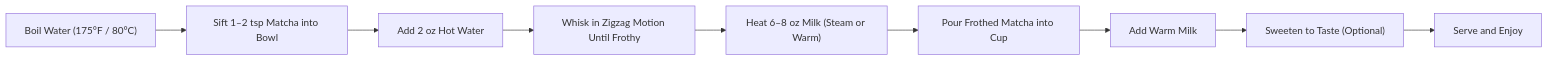
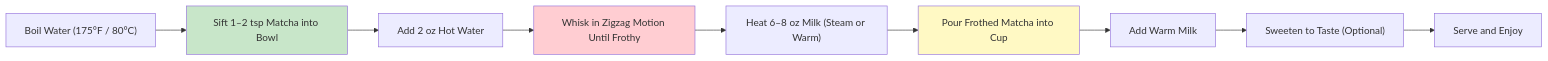
One commit to akshatha1710/github-mermaid-demo changed the diagram in docs/matcha.mmd. Above: the diagram before and after it, drawn with Mermaid.

Commit message:
Added some colors to the nodes

```diff
--- a/docs/matcha.mmd
+++ b/docs/matcha.mmd
@@ -1,9 +1,13 @@
 flowchart LR
     A["Boil Water (175°F / 80°C)"] --> B["Sift 1–2 tsp Matcha into Bowl"]
     B --> C["Add 2 oz Hot Water"]
     C --> D["Whisk in Zigzag Motion Until Frothy"]
     D --> E["Heat 6–8 oz Milk (Steam or Warm)"]
     E --> F["Pour Frothed Matcha into Cup"]
     F --> G["Add Warm Milk"]
     G --> H["Sweeten to Taste (Optional)"]
     H --> I["Serve and Enjoy"]
+
+    style B fill:#C8E6C9
+    style D fill:#FFCDD2
+    style F fill:#FFF9C4
```
